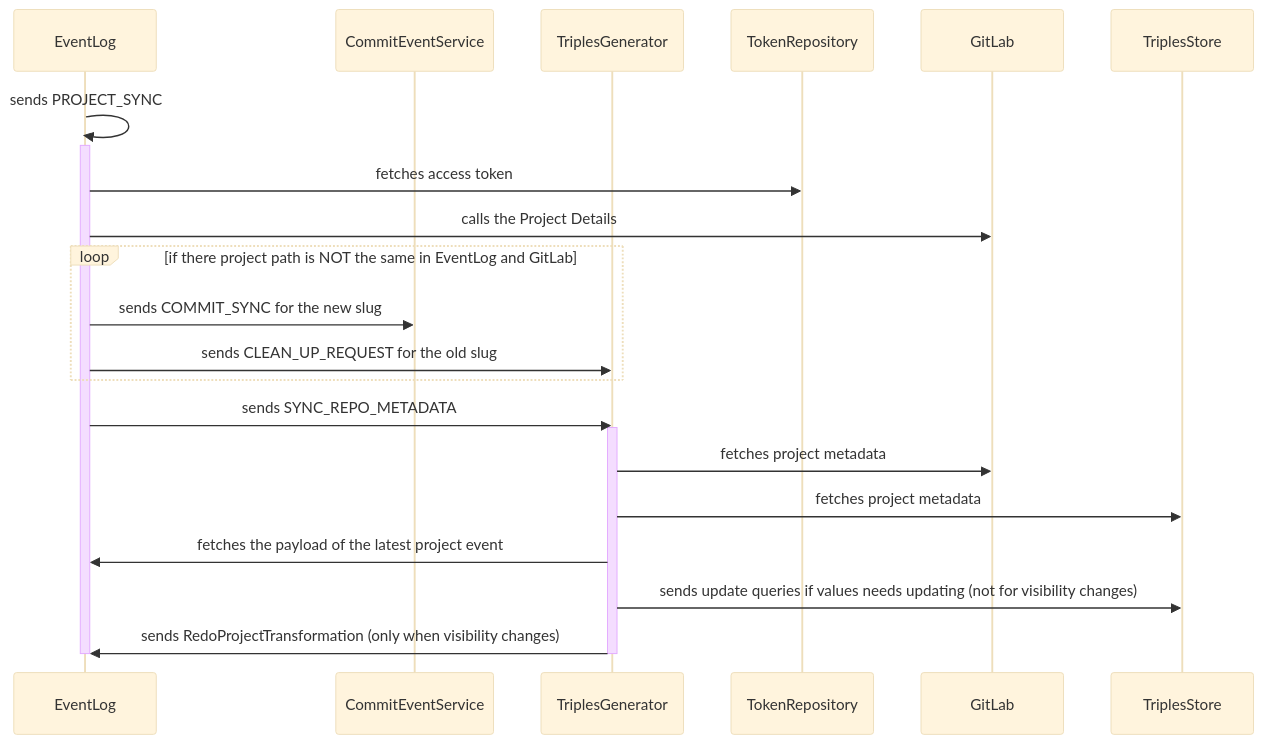
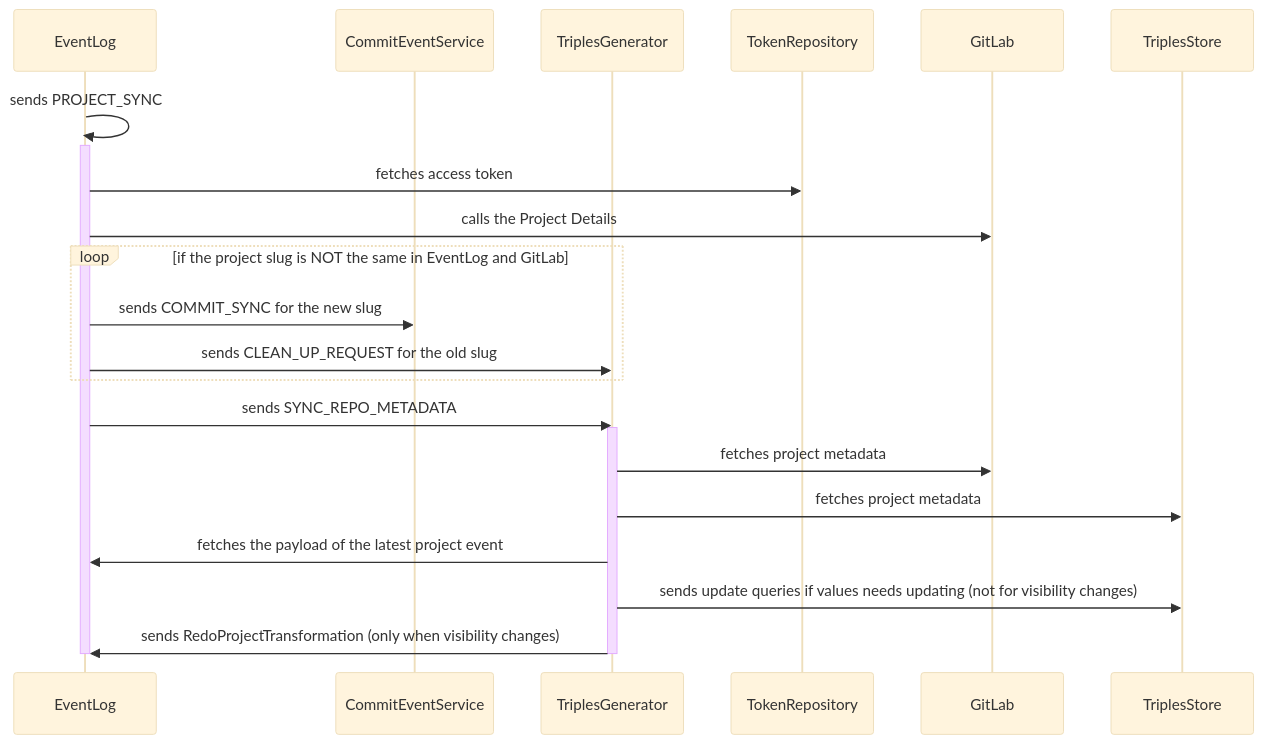
Before and after one commit to SwissDataScienceCenter/renku-graph: the ninth of 10 diagrams in README.md, drawn with Mermaid (base theme). The commit also changed 29 other files, not shown here.

Commit message:
refactor: more path -> slug renamings

````diff
--- a/README.md
+++ b/README.md
@@ -329,27 +329,27 @@
 ```mermaid
 sequenceDiagram
     participant EventLog
     participant CommitEventService
     participant TriplesGenerator
     participant TokenRepository
     participant GitLab
     participant TriplesStore
 
     EventLog ->> EventLog: sends PROJECT_SYNC
     activate EventLog
       EventLog ->> TokenRepository: fetches access token
       EventLog ->> GitLab: calls the Project Details
-      loop if there project path is NOT the same in EventLog and GitLab
+      loop if the project slug is NOT the same in EventLog and GitLab
         EventLog ->> CommitEventService: sends COMMIT_SYNC for the new slug
         EventLog ->> TriplesGenerator: sends CLEAN_UP_REQUEST for the old slug
       end
       EventLog ->> TriplesGenerator: sends SYNC_REPO_METADATA
       activate TriplesGenerator
         TriplesGenerator ->> GitLab: fetches project metadata
         TriplesGenerator ->> TriplesStore: fetches project metadata
         TriplesGenerator ->> EventLog: fetches the payload of the latest project event
         TriplesGenerator ->> TriplesStore: sends update queries if values needs updating (not for visibility changes)
         TriplesGenerator ->> EventLog: sends RedoProjectTransformation (only when visibility changes)
       deactivate TriplesGenerator
     deactivate EventLog    
 ```
````
